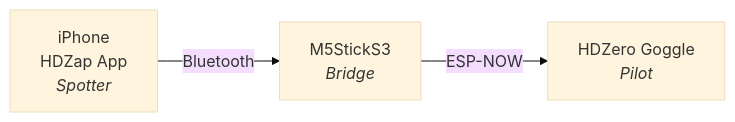
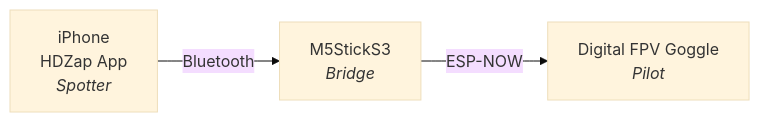
One commit to Saqoosha/HDZap changed the first of 2 diagrams in docs/manual/en.md. Above: the diagram before and after it, drawn with Mermaid (base theme). The commit also changed other lines of this file and 3 other files, not shown here.

````diff
--- a/docs/manual/en.md
+++ b/docs/manual/en.md
@@ -47,5 +45,5 @@
 ```mermaid
 flowchart LR
     A["iPhone<br/>HDZap App<br/><i>Spotter</i>"] -- Bluetooth --> B["M5StickS3<br/><i>Bridge</i>"]
-    B -- ESP-NOW --> C["HDZero Goggle<br/><i>Pilot</i>"]
+    B -- ESP-NOW --> C["Digital FPV Goggle<br/><i>Pilot</i>"]
 ```
````
